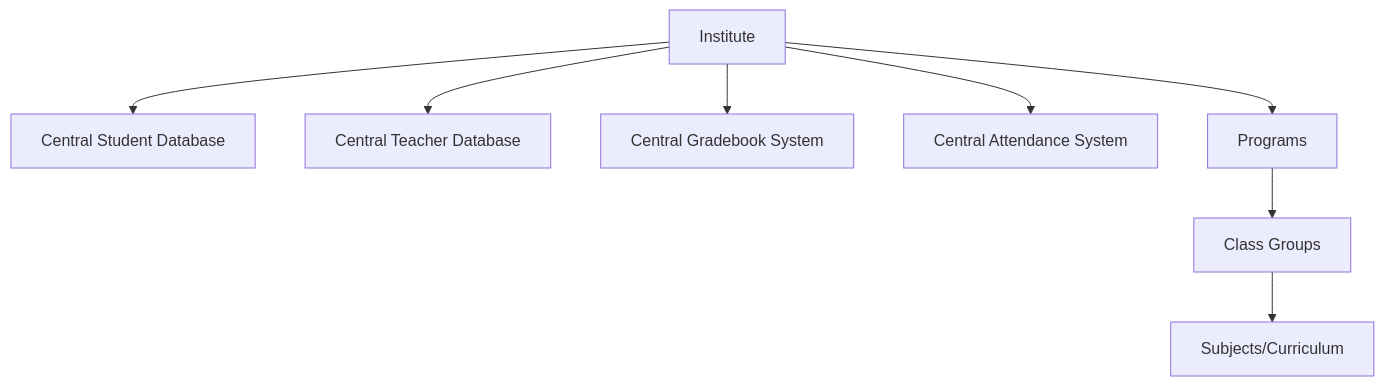
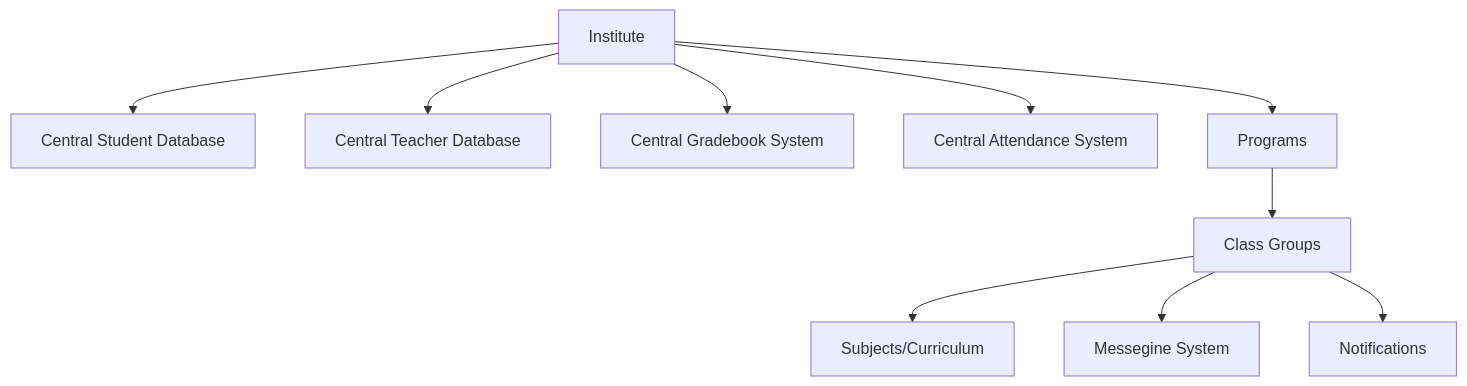
Before and after one commit to Tekmindlabs/LXP-14-02-25-campus: the first of 7 diagrams in LXP 14-02-25 campus/Campus implimenttaion folow.md, drawn with Mermaid. The commit also changed other lines of this file and 12 other files, not shown here.

````diff
--- a/LXP 14-02-25 campus/Campus implimenttaion folow.md
+++ b/LXP 14-02-25 campus/Campus implimenttaion folow.md
@@ -8,10 +8,13 @@
 ```mermaid
 graph TD
     A[Institute] --> B[Central Student Database]
     A --> C[Central Teacher Database]
     A --> D[Central Gradebook System]
     A --> E[Central Attendance System]
     A --> F[Programs]
     F --> G[Class Groups]
     G --> H[Subjects/Curriculum]
+    G --> I[Messegine System]
+    G --> J[Notifications]
+
 ```
````
